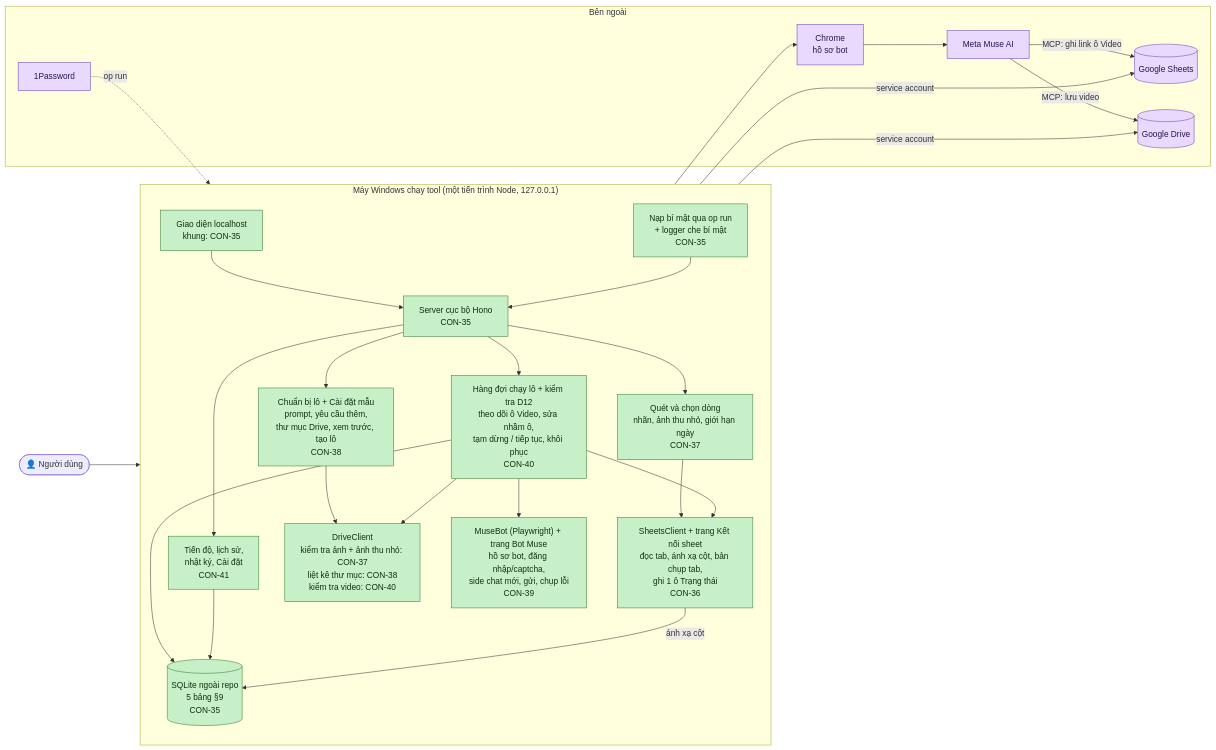
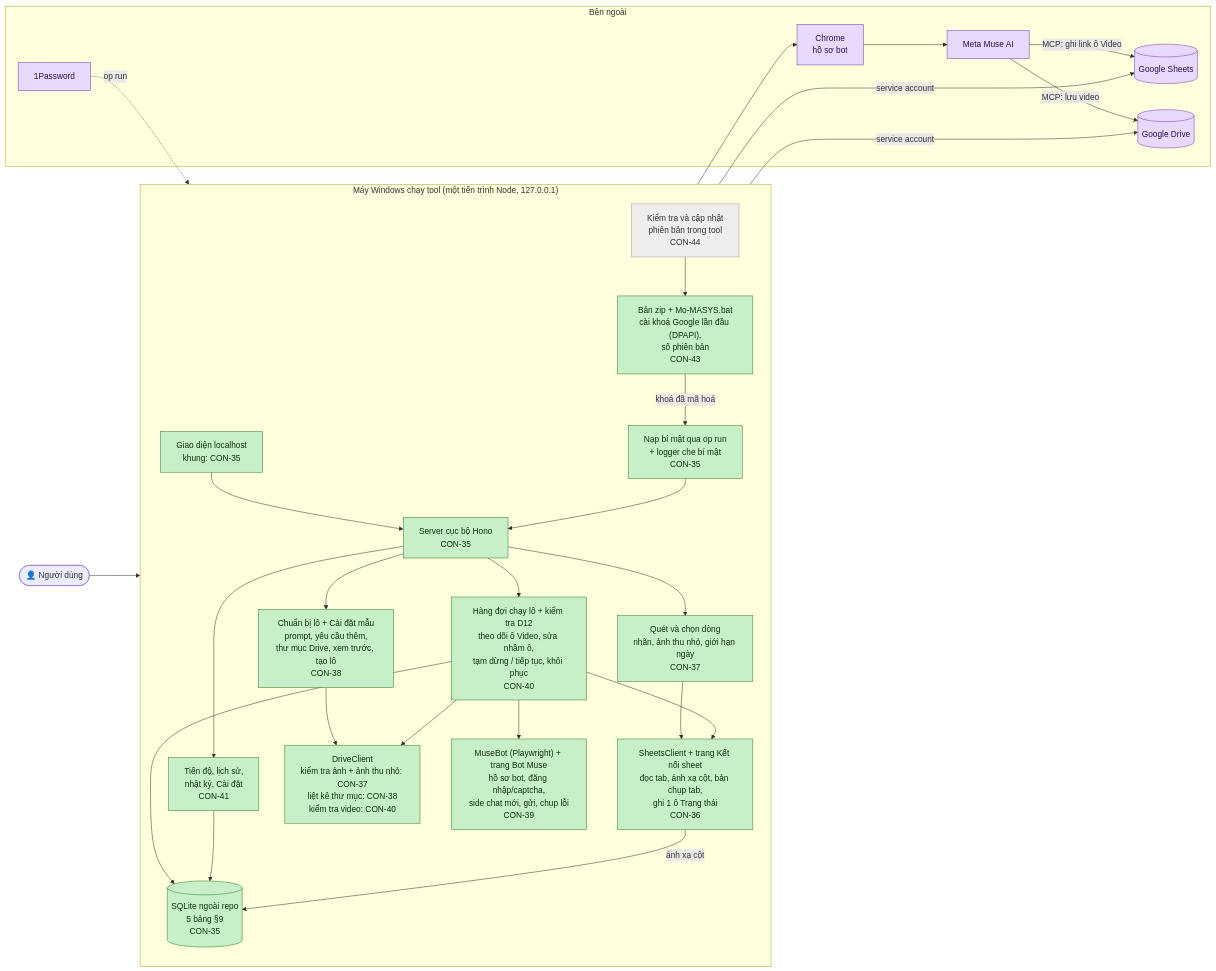
Before and after one commit to Bach1711/MASYS-VIDEO-GENERATOR: the diagram in TIEN-DO.md, drawn with Mermaid. The commit also changed other lines of this file and 27 other files, not shown here.

First line of the commit message:
CON-43: Đóng gói zip chạy ngay, cài khoá Google lần đầu, số phiên bản (#10)

````diff
--- a/TIEN-DO.md
+++ b/TIEN-DO.md
@@ -17,57 +17,63 @@
 ```mermaid
 flowchart LR
     user(["👤 Người dùng"])
 
     subgraph PC["Máy Windows chạy tool (một tiến trình Node, 127.0.0.1)"]
         direction TB
         ui["Giao diện localhost<br/>khung: CON-35"]
         server["Server cục bộ Hono<br/>CON-35"]
         secrets["Nạp bí mật qua op run<br/>+ logger che bí mật<br/>CON-35"]
         db[("SQLite ngoài repo<br/>5 bảng §9<br/>CON-35")]
 
         sheet["SheetsClient + trang Kết nối sheet<br/>đọc tab, ánh xạ cột, bản chụp tab,<br/>ghi 1 ô Trạng thái<br/>CON-36"]
         scan["Quét và chọn dòng<br/>nhãn, ảnh thu nhỏ, giới hạn ngày<br/>CON-37"]
         editor["Chuẩn bị lô + Cài đặt mẫu<br/>prompt, yêu cầu thêm,<br/>thư mục Drive, xem trước, tạo lô<br/>CON-38"]
         bot["MuseBot (Playwright) + trang Bot Muse<br/>hồ sơ bot, đăng nhập/captcha,<br/>side chat mới, gửi, chụp lỗi<br/>CON-39"]
         queue["Hàng đợi chạy lô + kiểm tra D12<br/>theo dõi ô Video, sửa nhầm ô,<br/>tạm dừng / tiếp tục, khôi phục<br/>CON-40"]
         drive["DriveClient<br/>kiểm tra ảnh + ảnh thu nhỏ: CON-37<br/>liệt kê thư mục: CON-38<br/>kiểm tra video: CON-40"]
         progress["Tiến độ, lịch sử,<br/>nhật ký, Cài đặt<br/>CON-41"]
+        pack["Bản zip + Mo-MASYS.bat<br/>cài khoá Google lần đầu (DPAPI),<br/>số phiên bản<br/>CON-43"]
+        update["Kiểm tra và cập nhật<br/>phiên bản trong tool<br/>CON-44"]
     end
 
     subgraph EXT["Bên ngoài"]
         gsheets[("Google Sheets")]
         gdrive[("Google Drive")]
         chrome["Chrome<br/>hồ sơ bot"]
         muse["Meta Muse AI"]
         op["1Password"]
     end
 
     user --> ui --> server
     server --> scan & editor & progress
     scan --> sheet
     editor --> drive
     server --> queue
     queue --> sheet & drive & bot
     queue --> db
     progress --> db
     sheet -- "ánh xạ cột" --> db
     sheet -- "service account" --> gsheets
     drive -- "service account" --> gdrive
     bot --> chrome --> muse
     muse -- "MCP: lưu video" --> gdrive
     muse -- "MCP: ghi link ô Video" --> gsheets
     op -. "op run" .-> secrets --> server
+    pack -- "khoá đã mã hoá" --> secrets
+    update --> pack
 
     classDef done fill:#c8f0c8,stroke:#2e7d32,color:#10300f
     classDef review fill:#cfe3ff,stroke:#1f5fbf,color:#0c2550
     classDef doing fill:#fff1b8,stroke:#b38600,color:#3d2e00
     classDef todo fill:#eeeeee,stroke:#9e9e9e,color:#333333
     classDef ext fill:#ead9ff,stroke:#6a3fb5,color:#2a1250
 
     class ui,server,secrets,db,sheet,scan,editor done
     class drive done
     class bot done
     class queue done
     class progress done
+    class pack done
+    class update todo
     class gsheets,gdrive,chrome,muse,op ext
 ```
````
